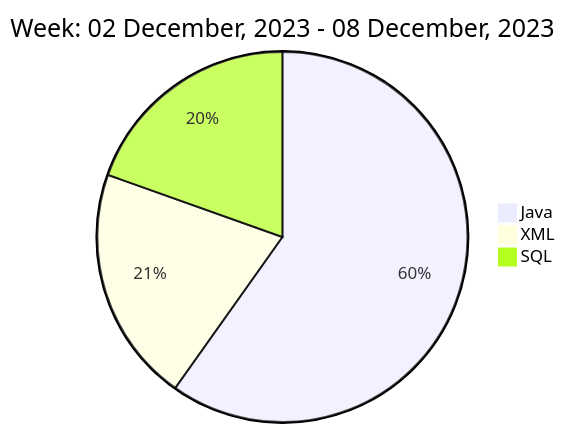
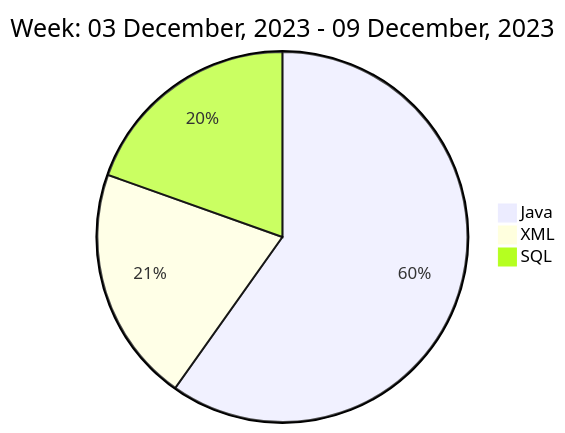
Before and after one commit to liubin95/liubin95: the diagram in README.md, drawn with Mermaid.

Commit message:
Updated the Graph with new Metrics

````diff
--- a/README.md
+++ b/README.md
@@ -37,7 +37,7 @@
 ```mermaid
  pie
-title Week: 02 December, 2023 - 08 December, 2023
+title Week: 03 December, 2023 - 09 December, 2023
  "Java" : 6.73
  "XML" : 2.32
  "SQL" : 2.2
 ```
````
